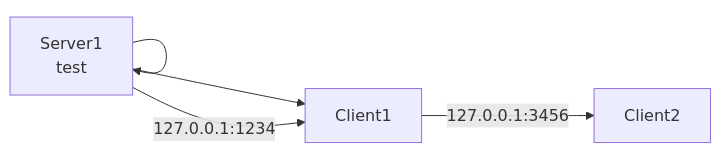
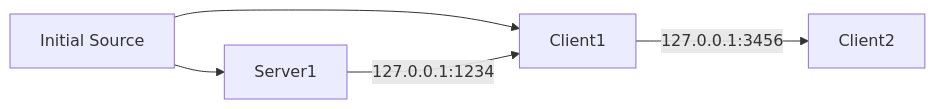
The diagram in README.md (tonydong2005/ServerClientTCP), drawn with Mermaid before and after one commit.

````diff
--- a/README.md
+++ b/README.md
@@ -12,7 +12,7 @@
 ```mermaid
 graph LR;
-    id[Initial Source]-->id[Server1\ntest];
+    id[Initial Source]-->Server1;
     id[Initial Source]-->Client1;
-    id[Server1\ntest]-->|127.0.0.1:1234|Client1;
+    Server1-->|127.0.0.1:1234|Client1;
     Client1-->|127.0.0.1:3456|Client2;
 ```
````
